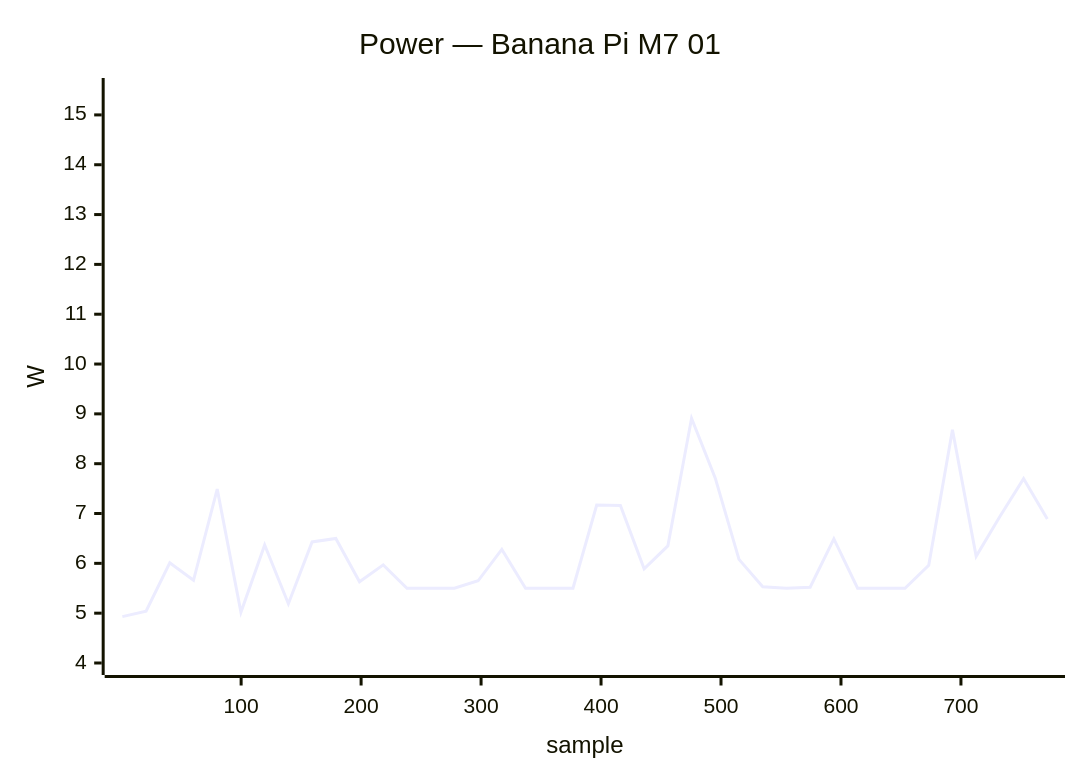
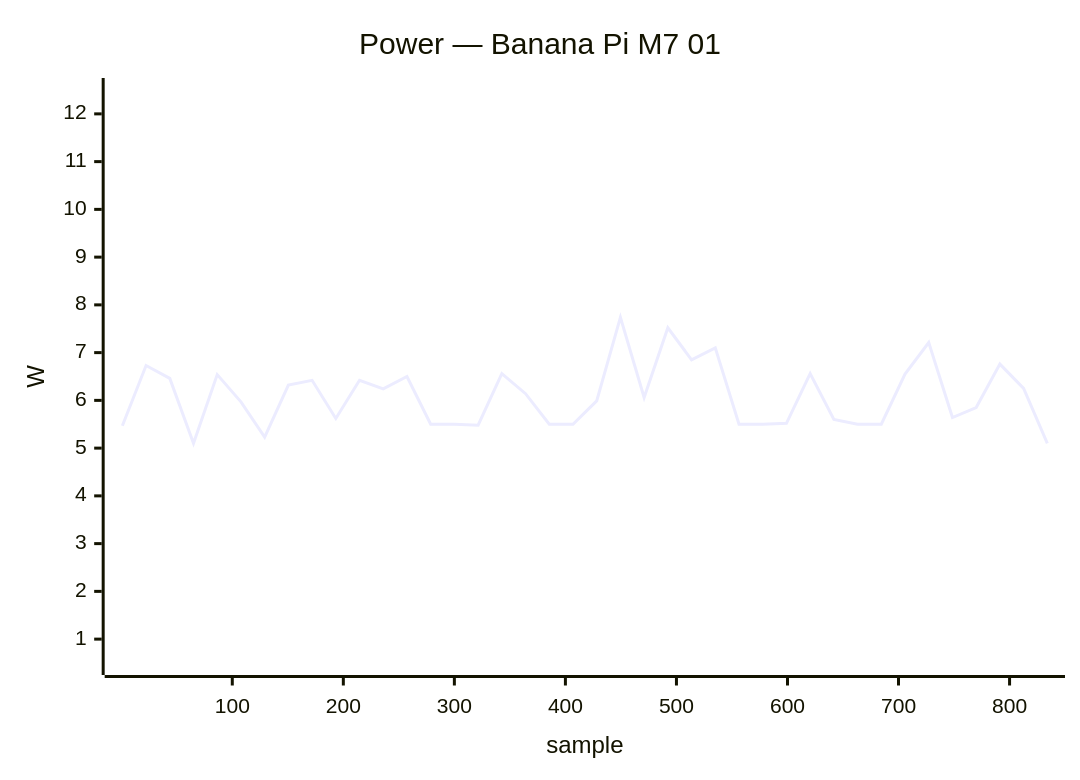
Before and after one commit to armbian/documentation: the seventh of 41 diagrams in docs/status/board-tests.md, drawn with Mermaid. The commit also changed other lines of this file, not shown here.

````diff
--- a/docs/status/board-tests.md
+++ b/docs/status/board-tests.md
@@ -409,7 +314,7 @@
 ```mermaid
 xychart-beta
     title "Power — Banana Pi M7 01"
-    x-axis "sample" 1 --> 772
-    y-axis "W" 4.0 --> 15.5
-    line [4.93, 5.04, 6.01, 5.66, 7.49, 5.02, 6.37, 5.19, 6.43, 6.50, 5.63, 5.97, 5.50, 5.50, 5.50, 5.65, 6.28, 5.50, 5.50, 5.50, 7.17, 7.16, 5.89, 6.35, 8.91, 7.71, 6.08, 5.53, 5.50, 5.52, 6.49, 5.50, 5.50, 5.50, 5.96, 8.68, 6.14, 6.94, 7.70, 6.89]
+    x-axis "sample" 1 --> 834
+    y-axis "W" 0.5 --> 12.5
+    line [5.47, 6.73, 6.46, 5.10, 6.54, 5.97, 5.23, 6.32, 6.42, 5.62, 6.42, 6.24, 6.50, 5.50, 5.50, 5.48, 6.56, 6.14, 5.50, 5.50, 5.99, 7.74, 6.06, 7.52, 6.85, 7.10, 5.50, 5.50, 5.52, 6.56, 5.60, 5.50, 5.50, 6.55, 7.21, 5.64, 5.85, 6.76, 6.25, 5.10]
 ```
````
